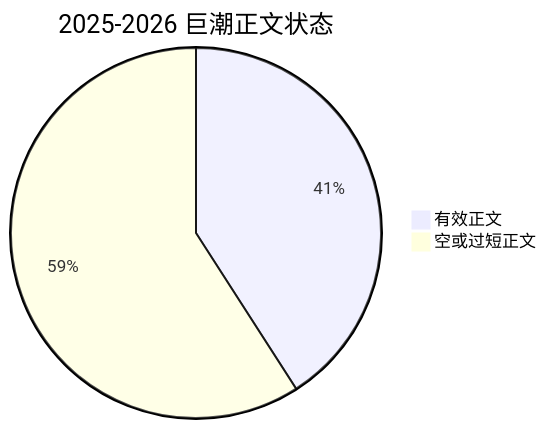
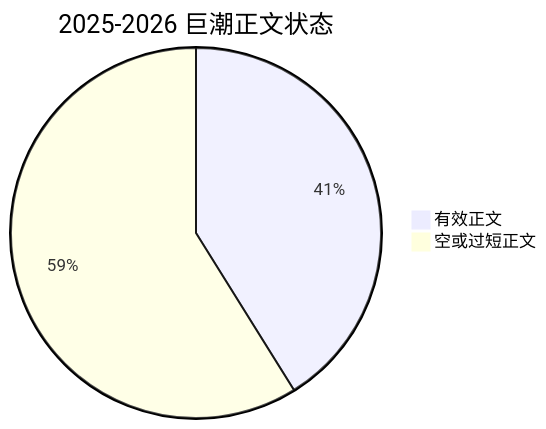
Before and after one commit to Timcai06/SPM: the diagram in docs/overview/project-status.md, drawn with Mermaid. The commit also changed other lines of this file and 20 other files, not shown here.

````diff
--- a/docs/overview/project-status.md
+++ b/docs/overview/project-status.md
@@ -68,5 +68,5 @@
 ```mermaid
 pie title 2025-2026 巨潮正文状态
-    "有效正文" : 211701
-    "空或过短正文" : 305869
+    "有效正文" : 212842
+    "空或过短正文" : 304728
 ```
````
